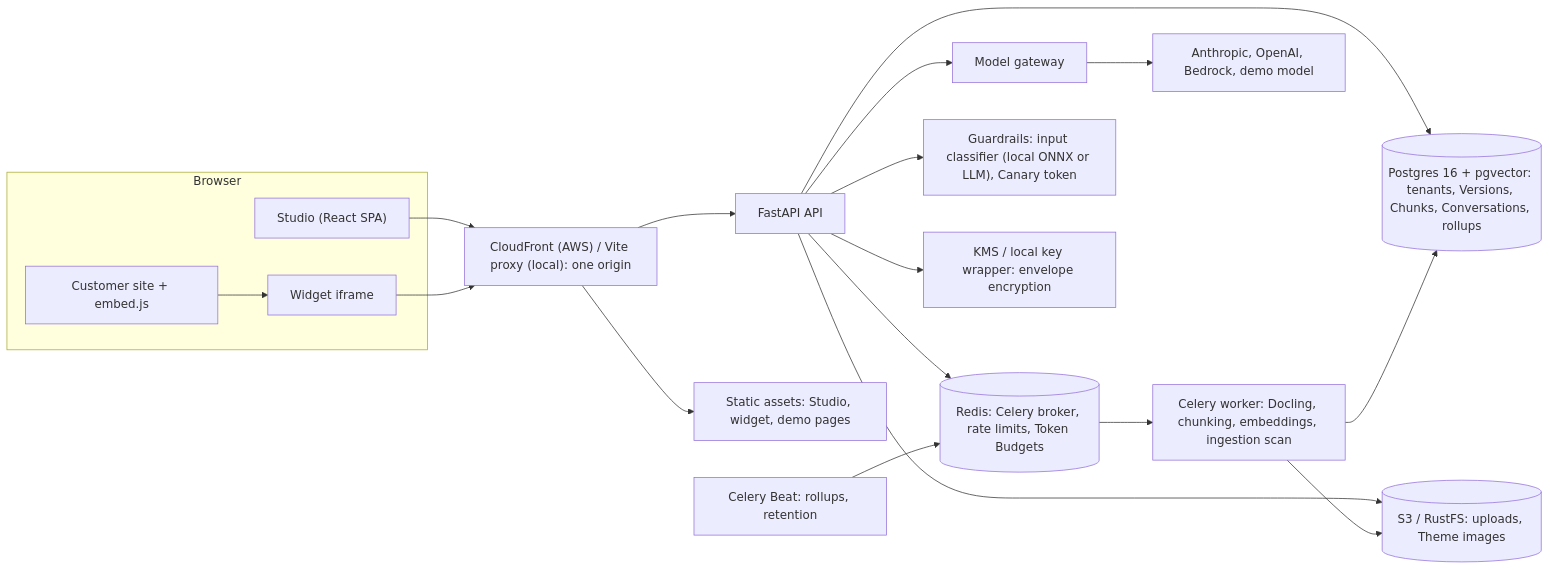
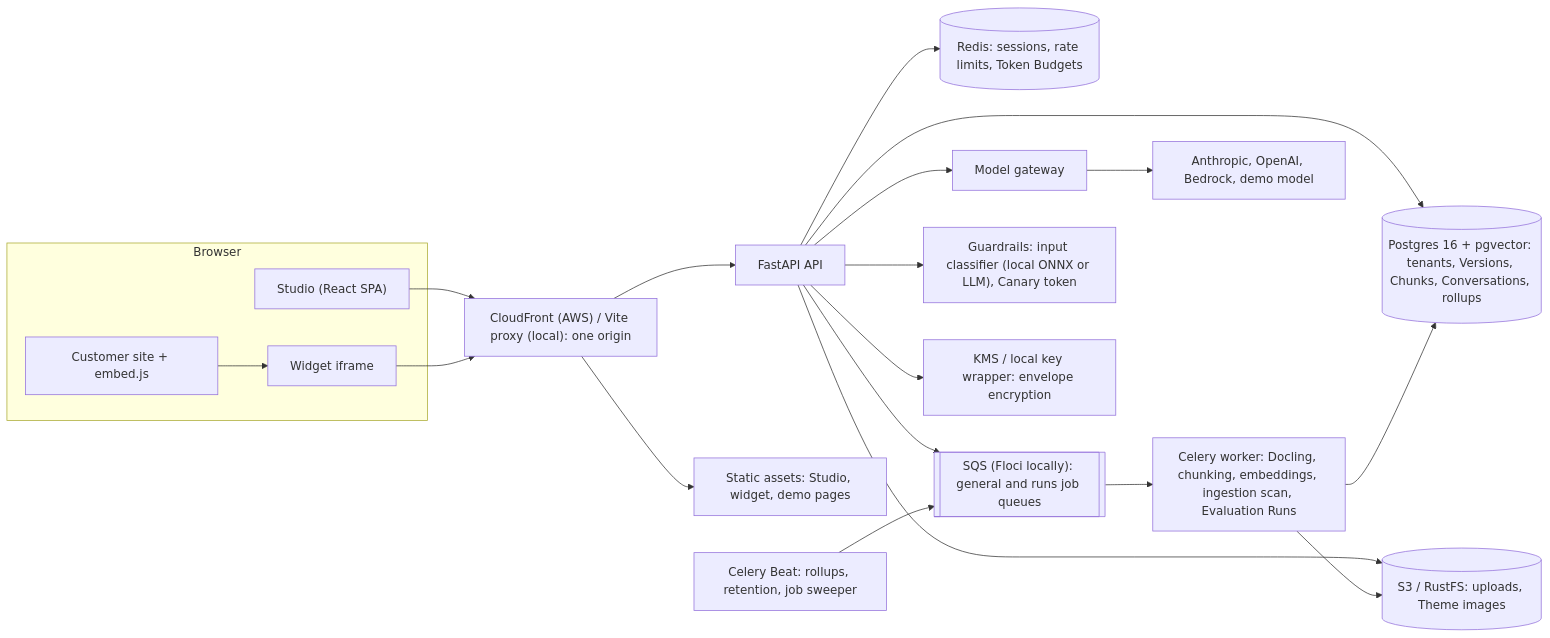
The diagram in README.md (EarthlingOllie/rag-agent-studio), drawn with Mermaid before and after one commit. The commit also changed other lines of this file and 31 other files, not shown here.

````diff
--- a/README.md
+++ b/README.md
@@ -86,22 +86,23 @@
 ```mermaid
 flowchart LR
   subgraph Browser
     Studio["Studio (React SPA)"]
     Host["Customer site + embed.js"] --> Widget["Widget iframe"]
   end
   Studio --> Edge
   Widget --> Edge
   Edge["CloudFront (AWS) / Vite proxy (local): one origin"] --> API["FastAPI API"]
   Edge --> Static["Static assets: Studio, widget, demo pages"]
   API --> PG[("Postgres 16 + pgvector: tenants, Versions, Chunks, Conversations, rollups")]
-  API --> Redis[("Redis: Celery broker, rate limits, Token Budgets")]
+  API --> Redis[("Redis: sessions, rate limits, Token Budgets")]
+  API --> Queues[["SQS (Floci locally): general and runs job queues"]]
   API --> Store[("S3 / RustFS: uploads, Theme images")]
   API --> Gateway["Model gateway"]
-  Redis --> Worker["Celery worker: Docling, chunking, embeddings, ingestion scan"]
-  Beat["Celery Beat: rollups, retention"] --> Redis
+  Queues --> Worker["Celery worker: Docling, chunking, embeddings, ingestion scan, Evaluation Runs"]
+  Beat["Celery Beat: rollups, retention, job sweeper"] --> Queues
   Worker --> PG
   Worker --> Store
   Gateway --> Providers["Anthropic, OpenAI, Bedrock, demo model"]
   API --> Guard["Guardrails: input classifier (local ONNX or LLM), Canary token"]
   API --> KMS["KMS / local key wrapper: envelope encryption"]
 ```
````
